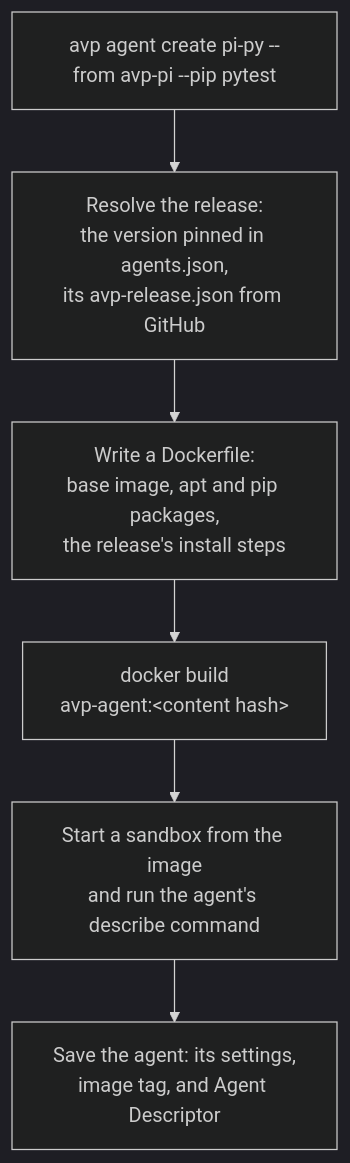
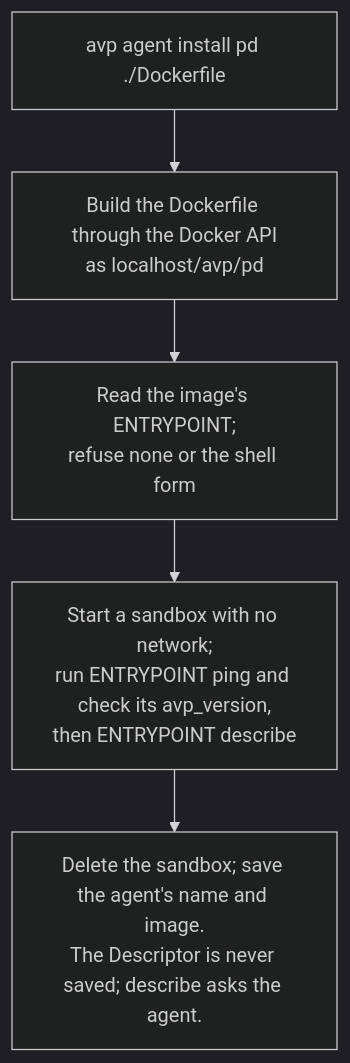
Before and after one commit to portofcontext/agent-voyager-project: the first of 2 diagrams in avp-cli/COMMANDS.md, drawn with Mermaid (dark theme). The commit also changed other lines of this file and 20 other files, not shown here.

First line of the commit message:
feat(avp-cli): agent install, uninstall, list, ping, describe, and sandbox start, stop, status

````diff
--- a/avp-cli/COMMANDS.md
+++ b/avp-cli/COMMANDS.md
@@ -104,8 +103,7 @@
 ```mermaid
 flowchart TD
-    A["avp agent create pi-py --from avp-pi --pip pytest"] --> B["Resolve the release:<br/>the version pinned in agents.json,<br/>its avp-release.json from GitHub"]
-    B --> C["Write a Dockerfile:<br/>base image, apt and pip packages,<br/>the release's install steps"]
-    C --> D["docker build<br/>avp-agent:&lt;content hash&gt;"]
-    D --> E["Start a sandbox from the image<br/>and run the agent's describe command"]
-    E --> F["Save the agent: its settings,<br/>image tag, and Agent Descriptor"]
+    A["avp agent install pd ./Dockerfile"] --> B["Build the Dockerfile through the Docker API<br/>as localhost/avp/pd"]
+    B --> C["Read the image's ENTRYPOINT;<br/>refuse none or the shell form"]
+    C --> D["Start a sandbox with no network;<br/>run ENTRYPOINT ping and check its avp_version,<br/>then ENTRYPOINT describe"]
+    D --> E["Delete the sandbox; save the agent's name and image.<br/>The Descriptor is never saved; describe asks the agent."]
 ```
````
